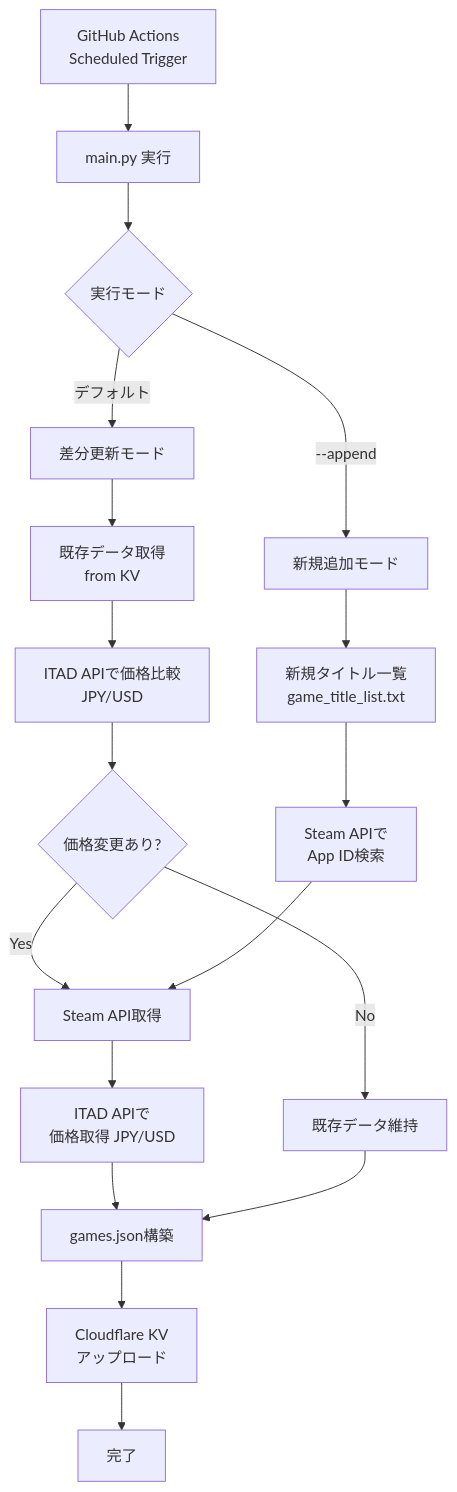
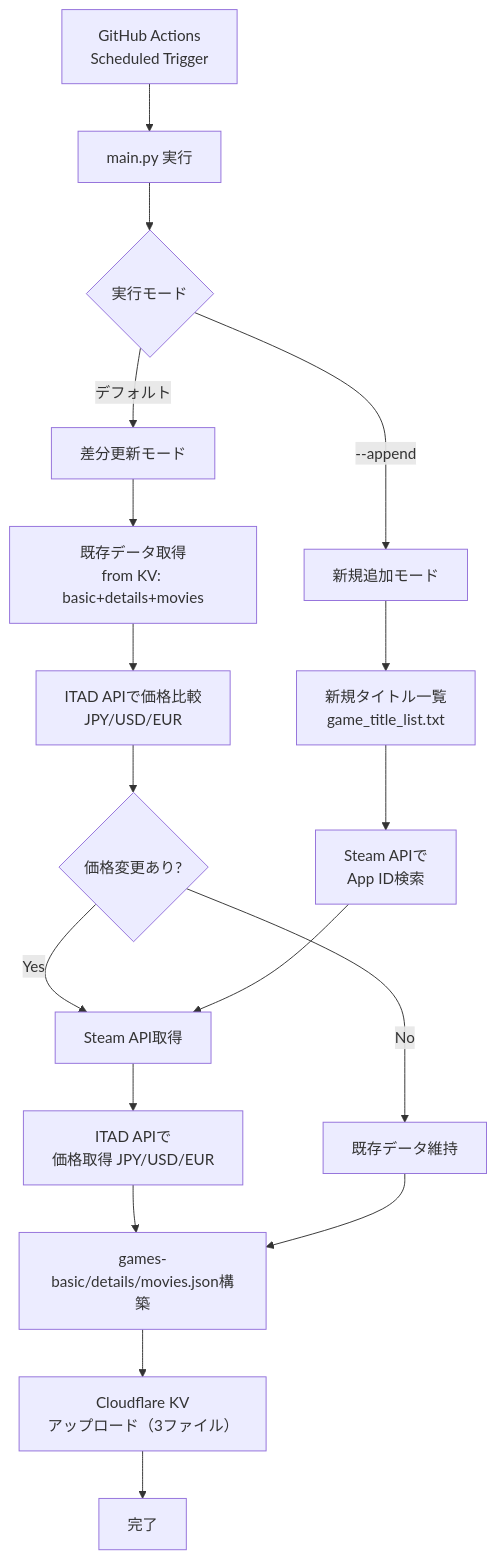
Before and after one commit to vibecoder-lab/game-seeker-vault: the fourth of 7 diagrams in docs/ARCHITECTURE.md, drawn with Mermaid. The commit also changed other lines of this file and 12 other files, not shown here.

````diff
--- a/docs/ARCHITECTURE.md
+++ b/docs/ARCHITECTURE.md
@@ -232,25 +241,25 @@
 ```mermaid
 graph TD
     A[GitHub Actions<br/>Scheduled Trigger] --> B[main.py 実行]
     B --> C{実行モード}
 
     C -->|デフォルト| D[差分更新モード]
     C -->|--append| E[新規追加モード]
 
-    D --> F[既存データ取得<br/>from KV]
-    F --> G[ITAD APIで価格比較<br/>JPY/USD]
+    D --> F[既存データ取得<br/>from KV: basic+details+movies]
+    F --> G[ITAD APIで価格比較<br/>JPY/USD/EUR]
     G --> H{価格変更あり?}
     H -->|Yes| I[Steam API取得]
     H -->|No| J[既存データ維持]
 
     E --> K[新規タイトル一覧<br/>game_title_list.txt]
     K --> L[Steam APIで<br/>App ID検索]
     L --> I
 
-    I --> M[ITAD APIで<br/>価格取得 JPY/USD]
-    M --> N[games.json構築]
+    I --> M[ITAD APIで<br/>価格取得 JPY/USD/EUR]
+    M --> N[games-basic/details/movies.json構築]
     J --> N
 
-    N --> O[Cloudflare KV<br/>アップロード]
+    N --> O[Cloudflare KV<br/>アップロード（3ファイル）]
     O --> P[完了]
 ```
````
